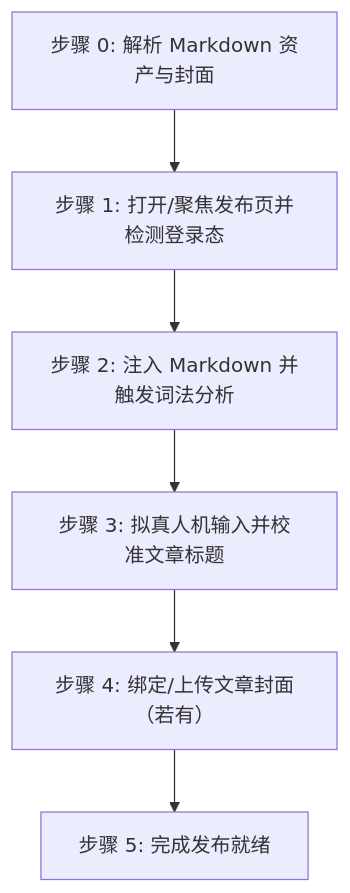
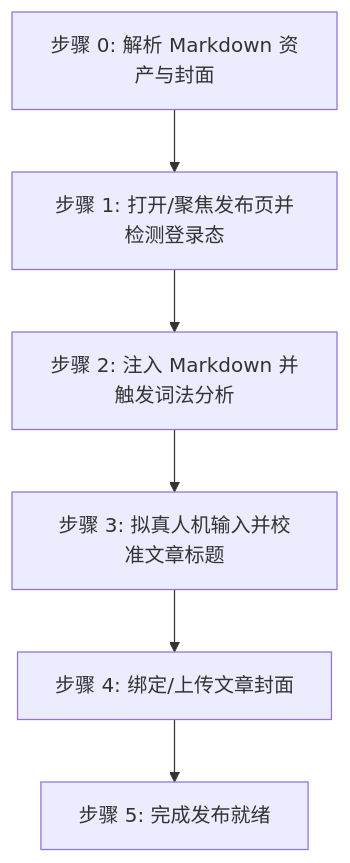
Before and after one commit to undsky/doudou-publish-skills: the diagram in skills/doudou-csdn/SKILL.md, drawn with Mermaid. The commit also changed other lines of this file and 3 other files, not shown here.

````diff
--- a/skills/doudou-csdn/SKILL.md
+++ b/skills/doudou-csdn/SKILL.md
@@ -12,8 +12,8 @@
 ```mermaid
 flowchart TD
     S0[步骤 0: 解析 Markdown 资产与封面] --> S1[步骤 1: 打开/聚焦发布页并检测登录态]
     S1 --> S2[步骤 2: 注入 Markdown 并触发词法分析]
     S2 --> S3[步骤 3: 拟真人机输入并校准文章标题]
-    S3 --> S4[步骤 4: 绑定/上传文章封面（若有）]
+    S3 --> S4[步骤 4: 绑定/上传文章封面]
     S4 --> S5[步骤 5: 完成发布就绪]
 ```
````
